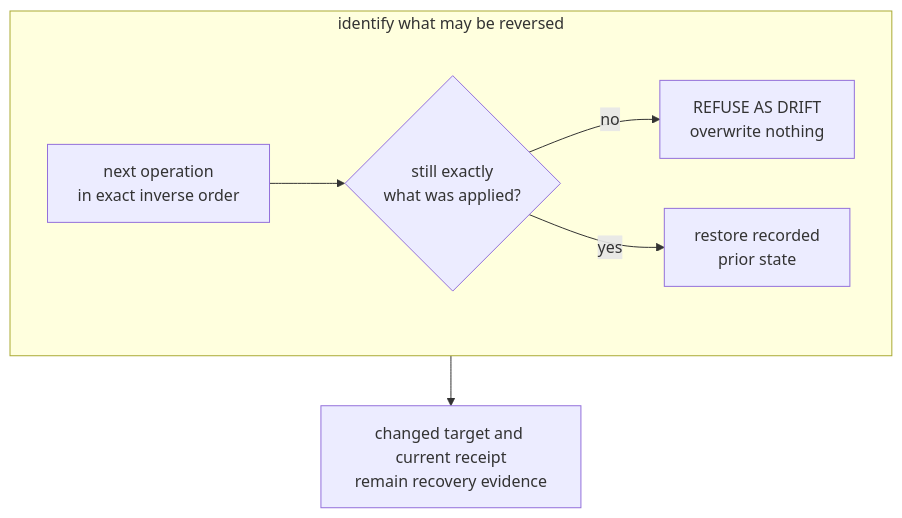
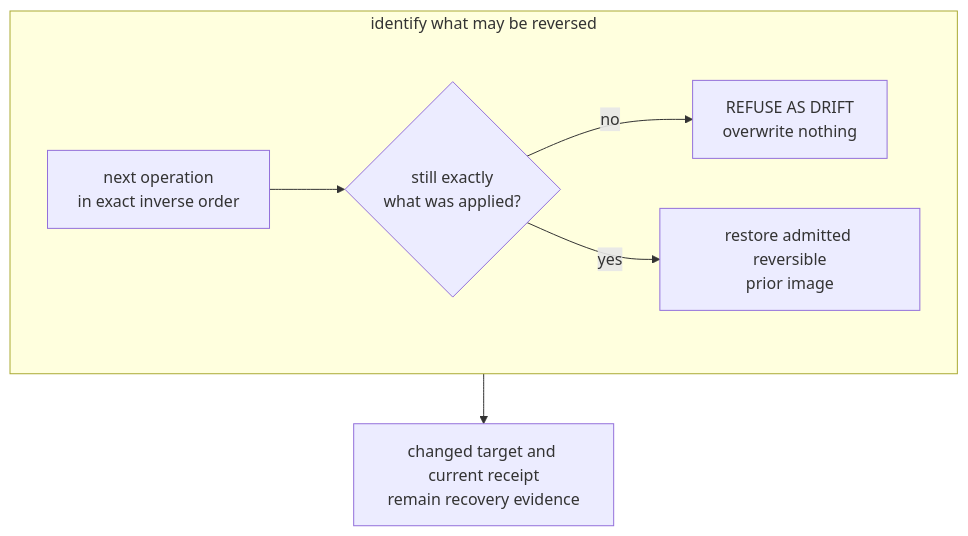
The eighth of 10 diagrams in docs/product/planes/distribution.md (infimalabs/spice-rust), drawn with Mermaid before and after one commit. The commit also changed other lines of this file and 120 other files, not shown here.

````diff
--- a/docs/product/planes/distribution.md
+++ b/docs/product/planes/distribution.md
@@ -380,10 +433,10 @@
 ```mermaid
 flowchart TD
   subgraph IDENTITY["identify what may be reversed"]
     direction LR
     START["next operation<br/>in exact inverse order"] --> ID{"still exactly<br/>what was applied?"}
     ID -- no --> DR["REFUSE AS DRIFT<br/>overwrite nothing"]
-    ID -- yes --> RV["restore recorded<br/>prior state"]
+    ID -- yes --> RV["restore admitted reversible<br/>prior image"]
   end
   DR --> HOLD["changed target and current receipt<br/>remain recovery evidence"]
 ```
````
